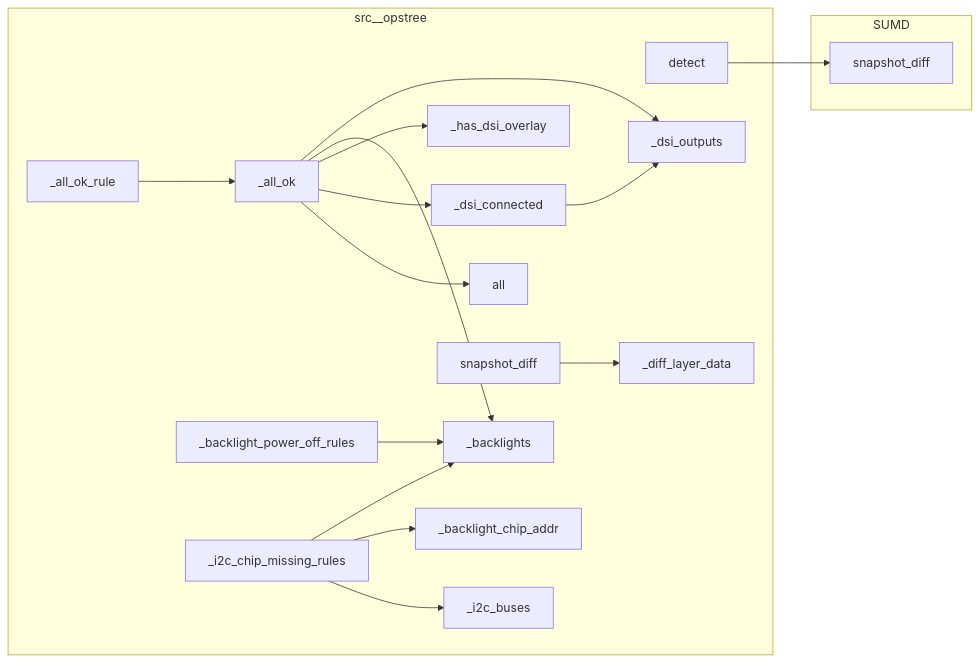
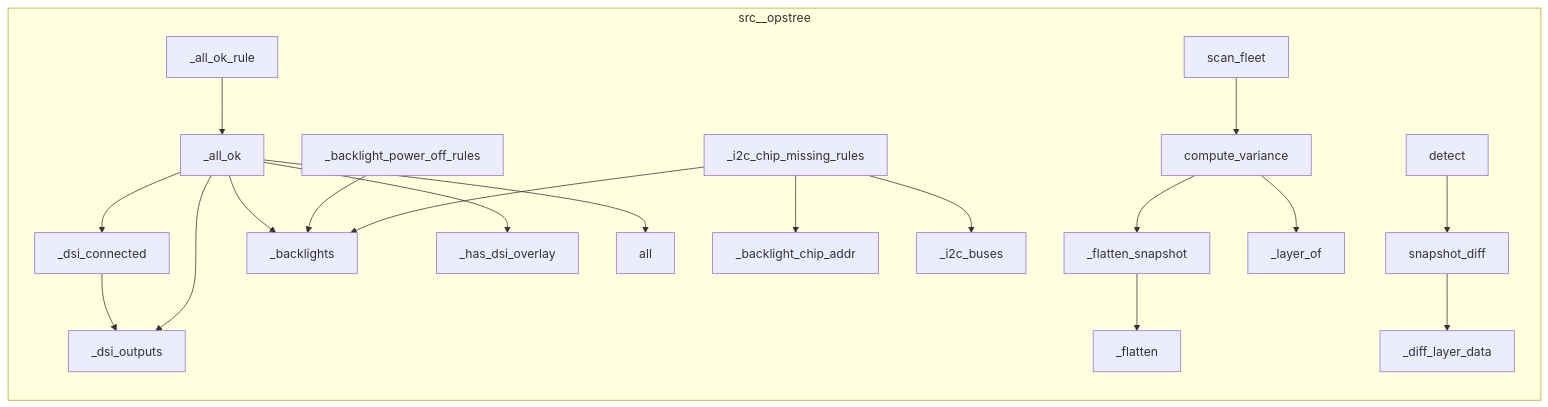
Before and after one commit to semcod/op3: the diagram in project/calls.mmd, drawn with Mermaid. The commit also changed 40 other files, not shown here.

```diff
--- a/project/calls.mmd
+++ b/project/calls.mmd
@@ -1,33 +1,39 @@
 flowchart LR
-    subgraph SUMD
-        SUMD__snapshot_diff["snapshot_diff"]
-    end
     subgraph src__opstree
+        src__opstree__probes__builtin__rpi_diagnostics___backlight_power_off_rules["_backlight_power_off_rules"]
         src__opstree__probes__builtin__rpi_diagnostics___all_ok["_all_ok"]
+        src__opstree__drift__detector__DriftDetector__detect["detect"]
         src__opstree__probes__registry__ProbeRegistry__all["all"]
-        src__opstree__probes__builtin__rpi_diagnostics___backlight_power_off_rules["_backlight_power_off_rules"]
+        src__opstree__fleet__scanner__scan_fleet["scan_fleet"]
         src__opstree__probes__builtin__rpi_diagnostics___backlight_chip_addr["_backlight_chip_addr"]
-        src__opstree__drift__detector__DriftDetector__detect["detect"]
-        src__opstree__snapshot__diff___diff_layer_data["_diff_layer_data"]
-        src__opstree__probes__builtin__rpi_diagnostics___dsi_connected["_dsi_connected"]
-        src__opstree__probes__builtin__rpi_diagnostics___i2c_chip_missing_rules["_i2c_chip_missing_rules"]
-        src__opstree__probes__builtin__rpi_diagnostics___i2c_buses["_i2c_buses"]
+        src__opstree__fleet__scanner___flatten_snapshot["_flatten_snapshot"]
         src__opstree__snapshot__diff__snapshot_diff["snapshot_diff"]
         src__opstree__probes__builtin__rpi_diagnostics___all_ok_rule["_all_ok_rule"]
+        src__opstree__fleet__scanner___flatten["_flatten"]
+        src__opstree__snapshot__diff___diff_layer_data["_diff_layer_data"]
         src__opstree__probes__builtin__rpi_diagnostics___dsi_outputs["_dsi_outputs"]
+        src__opstree__probes__builtin__rpi_diagnostics___i2c_buses["_i2c_buses"]
         src__opstree__probes__builtin__rpi_diagnostics___has_dsi_overlay["_has_dsi_overlay"]
         src__opstree__probes__builtin__rpi_diagnostics___backlights["_backlights"]
+        src__opstree__probes__builtin__rpi_diagnostics___dsi_connected["_dsi_connected"]
+        src__opstree__fleet__scanner__compute_variance["compute_variance"]
+        src__opstree__probes__builtin__rpi_diagnostics___i2c_chip_missing_rules["_i2c_chip_missing_rules"]
+        src__opstree__fleet__scanner___layer_of["_layer_of"]
     end
+    src__opstree__drift__detector__DriftDetector__detect --> src__opstree__snapshot__diff__snapshot_diff
     src__opstree__probes__builtin__rpi_diagnostics___dsi_connected --> src__opstree__probes__builtin__rpi_diagnostics___dsi_outputs
     src__opstree__probes__builtin__rpi_diagnostics___all_ok --> src__opstree__probes__builtin__rpi_diagnostics___dsi_outputs
     src__opstree__probes__builtin__rpi_diagnostics___all_ok --> src__opstree__probes__builtin__rpi_diagnostics___backlights
     src__opstree__probes__builtin__rpi_diagnostics___all_ok --> src__opstree__probes__builtin__rpi_diagnostics___has_dsi_overlay
     src__opstree__probes__builtin__rpi_diagnostics___all_ok --> src__opstree__probes__builtin__rpi_diagnostics___dsi_connected
     src__opstree__probes__builtin__rpi_diagnostics___all_ok --> src__opstree__probes__registry__ProbeRegistry__all
     src__opstree__probes__builtin__rpi_diagnostics___backlight_power_off_rules --> src__opstree__probes__builtin__rpi_diagnostics___backlights
     src__opstree__probes__builtin__rpi_diagnostics___i2c_chip_missing_rules --> src__opstree__probes__builtin__rpi_diagnostics___backlights
     src__opstree__probes__builtin__rpi_diagnostics___i2c_chip_missing_rules --> src__opstree__probes__builtin__rpi_diagnostics___backlight_chip_addr
     src__opstree__probes__builtin__rpi_diagnostics___i2c_chip_missing_rules --> src__opstree__probes__builtin__rpi_diagnostics___i2c_buses
     src__opstree__probes__builtin__rpi_diagnostics___all_ok_rule --> src__opstree__probes__builtin__rpi_diagnostics___all_ok
-    src__opstree__drift__detector__DriftDetector__detect --> SUMD__snapshot_diff
+    src__opstree__fleet__scanner___flatten_snapshot --> src__opstree__fleet__scanner___flatten
+    src__opstree__fleet__scanner__compute_variance --> src__opstree__fleet__scanner___flatten_snapshot
+    src__opstree__fleet__scanner__compute_variance --> src__opstree__fleet__scanner___layer_of
+    src__opstree__fleet__scanner__scan_fleet --> src__opstree__fleet__scanner__compute_variance
     src__opstree__snapshot__diff__snapshot_diff --> src__opstree__snapshot__diff___diff_layer_data
```
